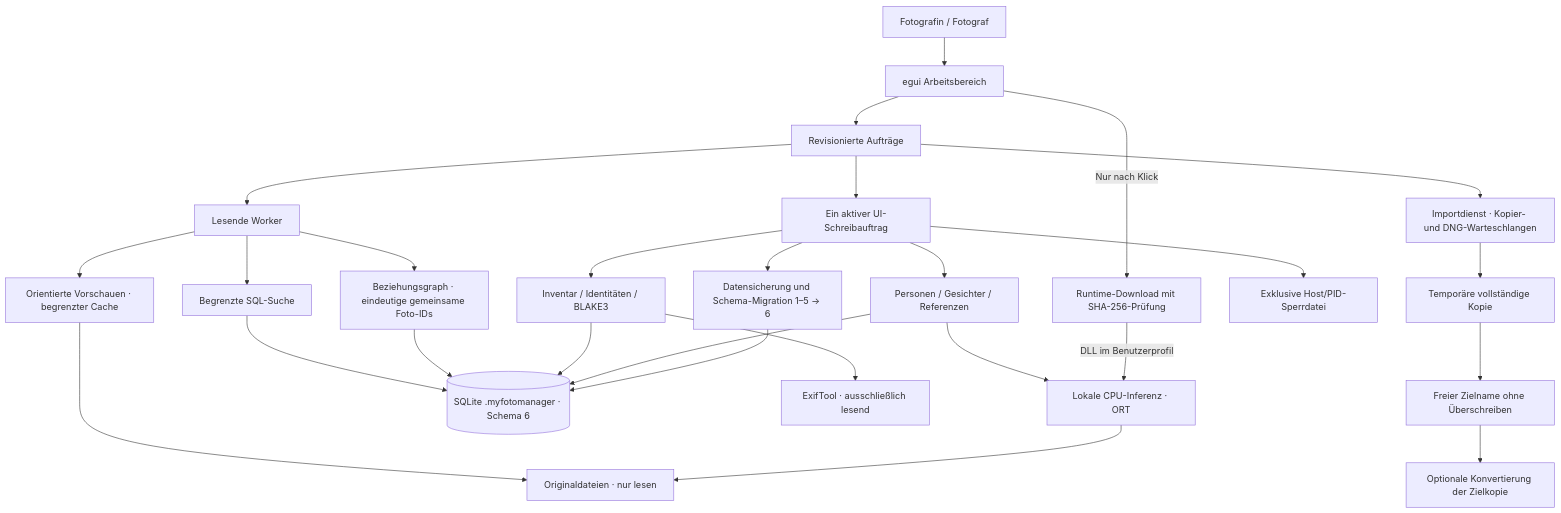
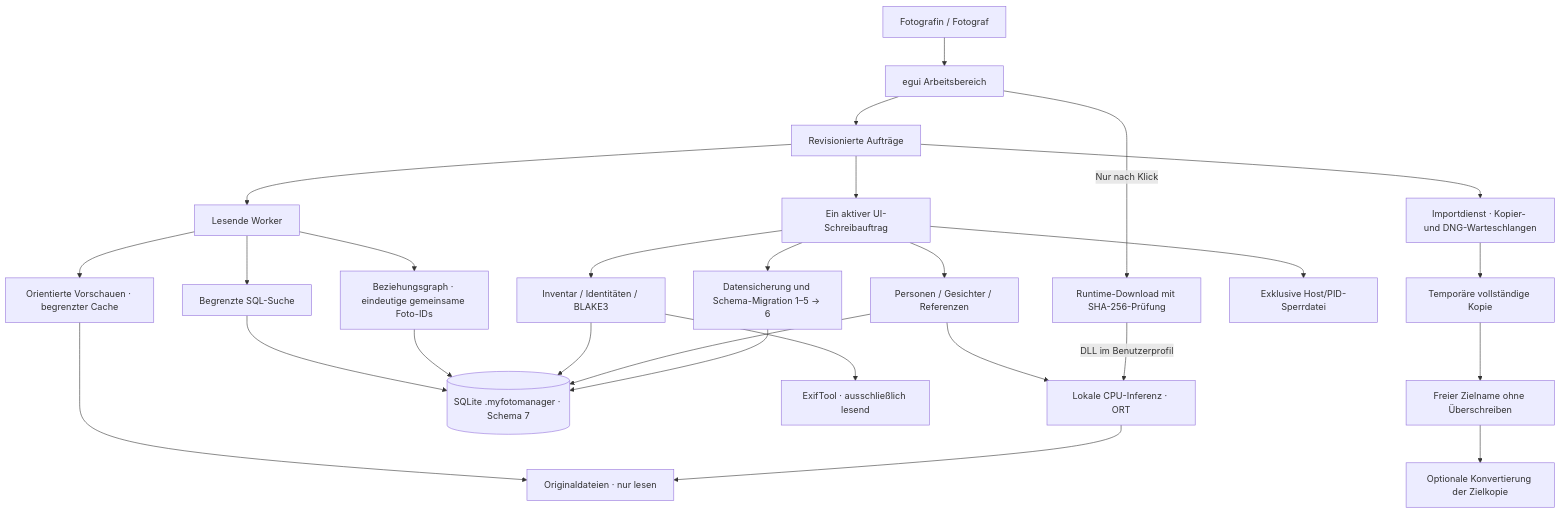
Before and after one commit to hggerdd/foto-importer: the first of 2 diagrams in docs/architektur.md, drawn with Mermaid. The commit also changed 8 other files, not shown here.

````diff
--- a/docs/architektur.md
+++ b/docs/architektur.md
@@ -8,29 +8,29 @@
 ```mermaid
 flowchart TB
     User[Fotografin / Fotograf] --> UI[egui Arbeitsbereich]
     UI --> Commands[Revisionierte Aufträge]
     Commands --> Readers[Lesende Worker]
     Commands --> Writer[Ein aktiver UI-Schreibauftrag]
     Commands --> Copy[Importdienst · Kopier- und DNG-Warteschlangen]
     Readers --> Query[Begrenzte SQL-Suche]
     Readers --> Graph[Beziehungsgraph · eindeutige gemeinsame Foto-IDs]
     Readers --> Preview[Orientierte Vorschauen · begrenzter Cache]
     Writer --> Index[Inventar / Identitäten / BLAKE3]
     Writer --> Faces[Personen / Gesichter / Referenzen]
     Writer --> Migrations[Datensicherung und Schema-Migration 1–5 → 6]
     Faces --> ONNX[Lokale CPU-Inferenz · ORT]
     UI -->|Nur nach Klick| Runtime[Runtime-Download mit SHA-256-Prüfung]
     Runtime -->|DLL im Benutzerprofil| ONNX
     Writer --> Lock[Exklusive Host/PID-Sperrdatei]
-    Query --> DB[(SQLite .myfotomanager · Schema 6)]
+    Query --> DB[(SQLite .myfotomanager · Schema 7)]
     Graph --> DB
     Index --> DB
     Faces --> DB
     Migrations --> DB
     Index --> Exif[ExifTool · ausschließlich lesend]
     Copy --> Stage[Temporäre vollständige Kopie]
     Stage --> Target[Freier Zielname ohne Überschreiben]
     Target --> Adobe[Optionale Konvertierung der Zielkopie]
     Preview --> Originals[Originaldateien · nur lesen]
     ONNX --> Originals
 ```
````
